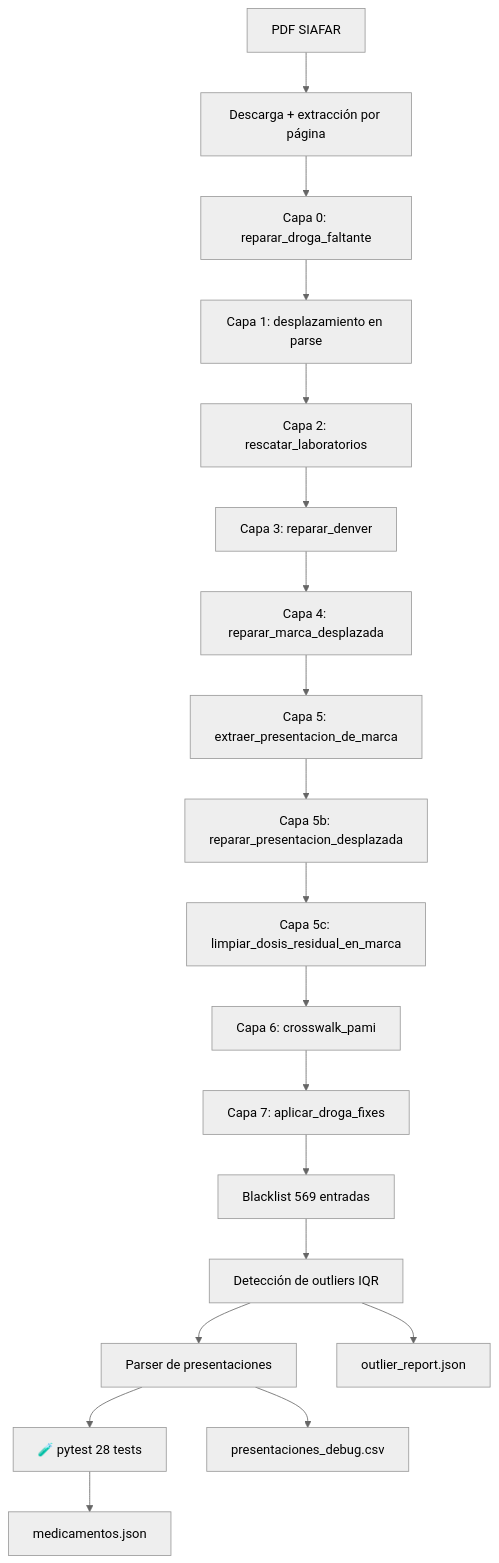
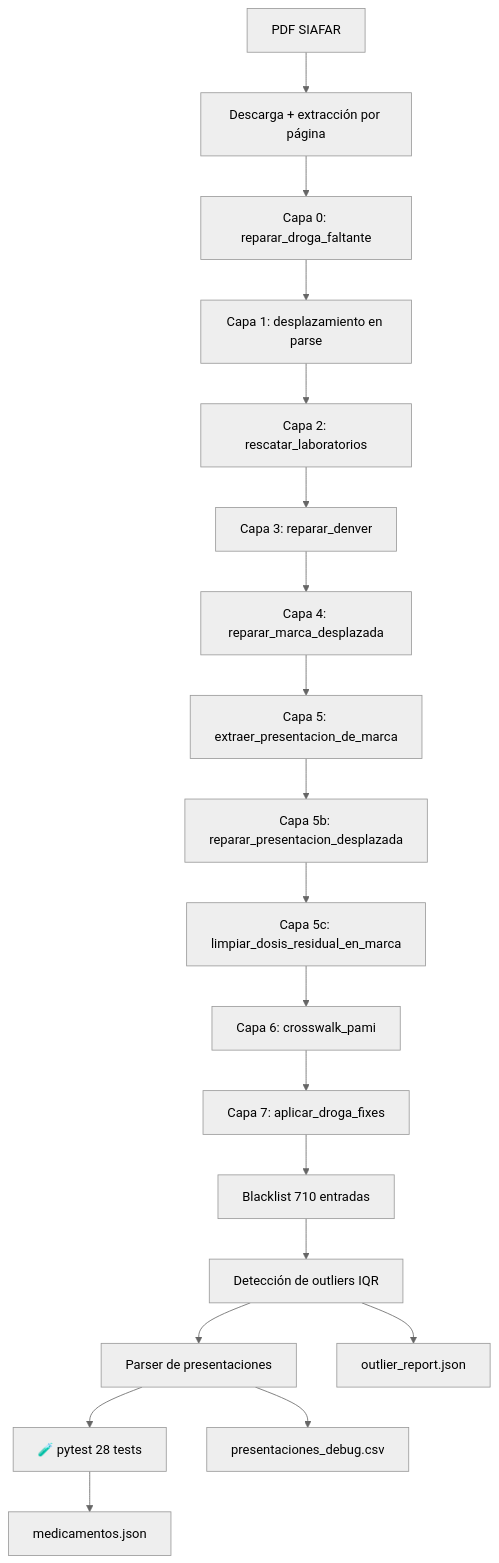
One commit to psbella/remedi.ar changed the fifth of 10 diagrams in README.md. Above: the diagram before and after it, drawn with Mermaid (neutral theme). The commit also changed other lines of this file and 2 other files, not shown here.

First line of the commit message:
fix(a11y) + docs(readme): admin-panel rename, blacklist count, EN/ES parity

````diff
--- a/README.md
+++ b/README.md
@@ -1037,42 +1041,42 @@
 ```mermaid
 flowchart TD
 
     A[PDF SIAFAR]
     B[Descarga + extracción por página]
     C0[Capa 0: reparar_droga_faltante]
     C1[Capa 1: desplazamiento en parse]
     C2[Capa 2: rescatar_laboratorios]
     C3[Capa 3: reparar_denver]
     C4[Capa 4: reparar_marca_desplazada]
     C5[Capa 5: extraer_presentacion_de_marca]
     C5B[Capa 5b: reparar_presentacion_desplazada]
     C5C[Capa 5c: limpiar_dosis_residual_en_marca]
     C6[Capa 6: crosswalk_pami]
     C7[Capa 7: aplicar_droga_fixes]
-    BL[Blacklist 569 entradas]
+    BL[Blacklist 710 entradas]
     OUT[Detección de outliers IQR]
     PRES[Parser de presentaciones]
     T[🧪 pytest 28 tests]
     JSON[medicamentos.json]
     DEBUG[presentaciones_debug.csv]
     REPORT[outlier_report.json]
 
     A --> B
     B --> C0
     C0 --> C1
     C1 --> C2
     C2 --> C3
     C3 --> C4
     C4 --> C5
     C5 --> C5B
     C5B --> C5C
     C5C --> C6
     C6 --> C7
     C7 --> BL
     BL --> OUT
     OUT --> PRES
     PRES --> T
     T --> JSON
     PRES --> DEBUG
     OUT --> REPORT
 ```
````
